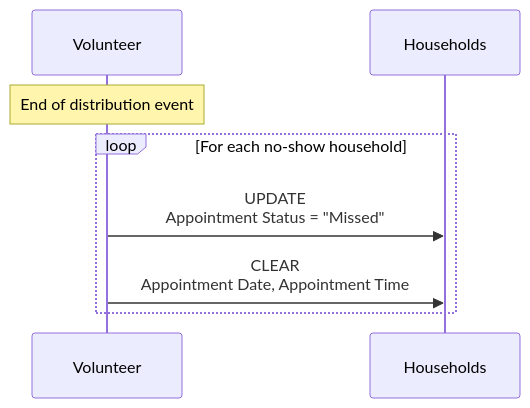
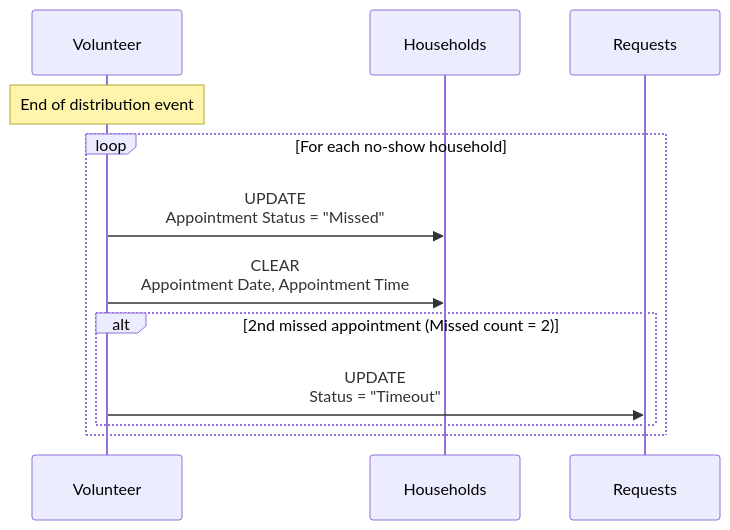
Before and after one commit to bushwickayudamutua/specs: the fifth of 5 diagrams in bam-mutual-aid-spec.md, drawn with Mermaid. The commit also changed other lines of this file and 1 other file, not shown here.

````diff
--- a/bam-mutual-aid-spec.md
+++ b/bam-mutual-aid-spec.md
@@ -420,12 +406,17 @@
 ```mermaid
 sequenceDiagram
     participant Volunteer
     participant Households
+    participant Requests
 
     Note over Volunteer: End of distribution event
 
     loop For each no-show household
         Volunteer->>Households: UPDATE<br/>Appointment Status = "Missed"
         Volunteer->>Households: CLEAR<br/>Appointment Date, Appointment Time
+
+        alt 2nd missed appointment (Missed count = 2)
+            Volunteer->>Requests: UPDATE<br/>Status = "Timeout"
+        end
     end
 ```
````
